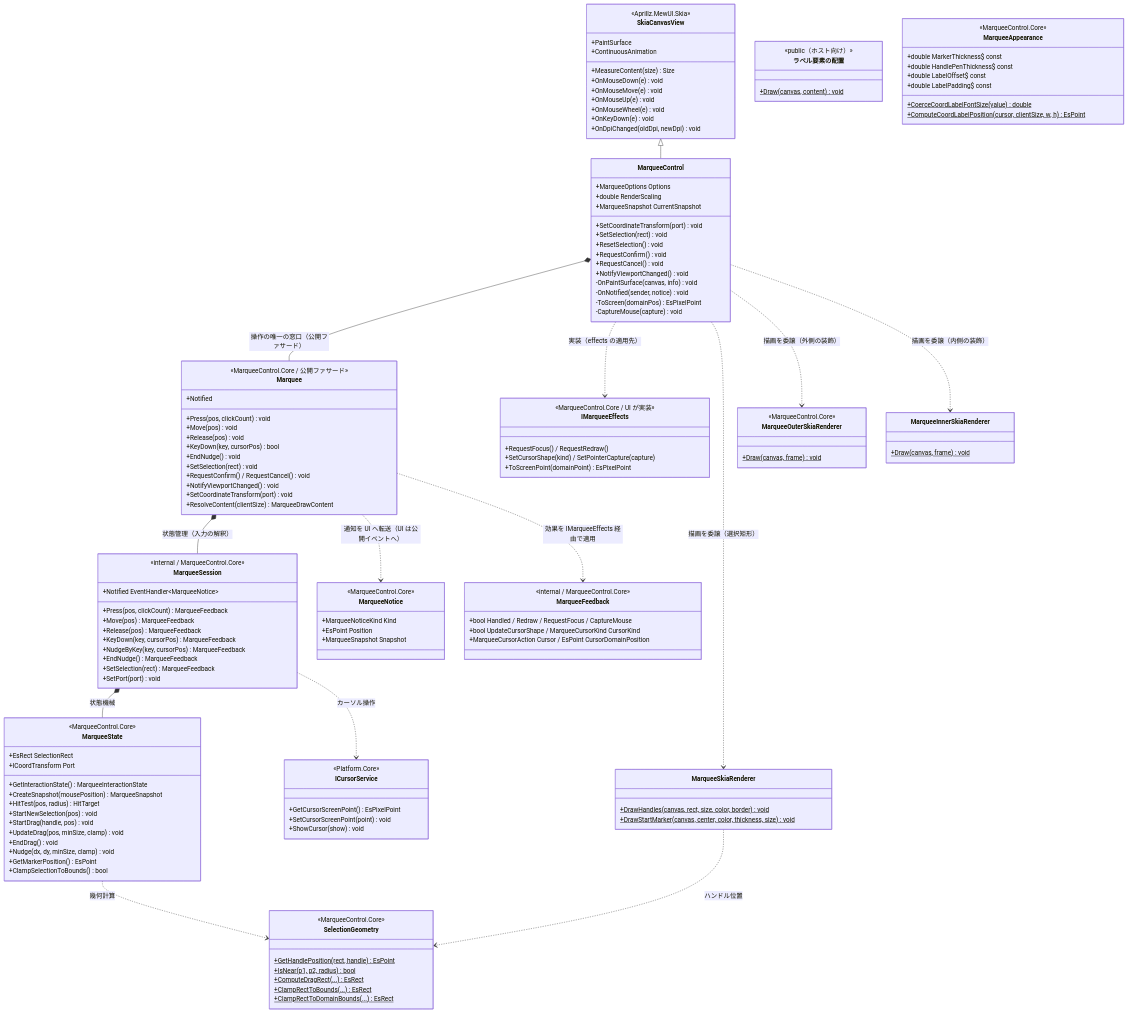
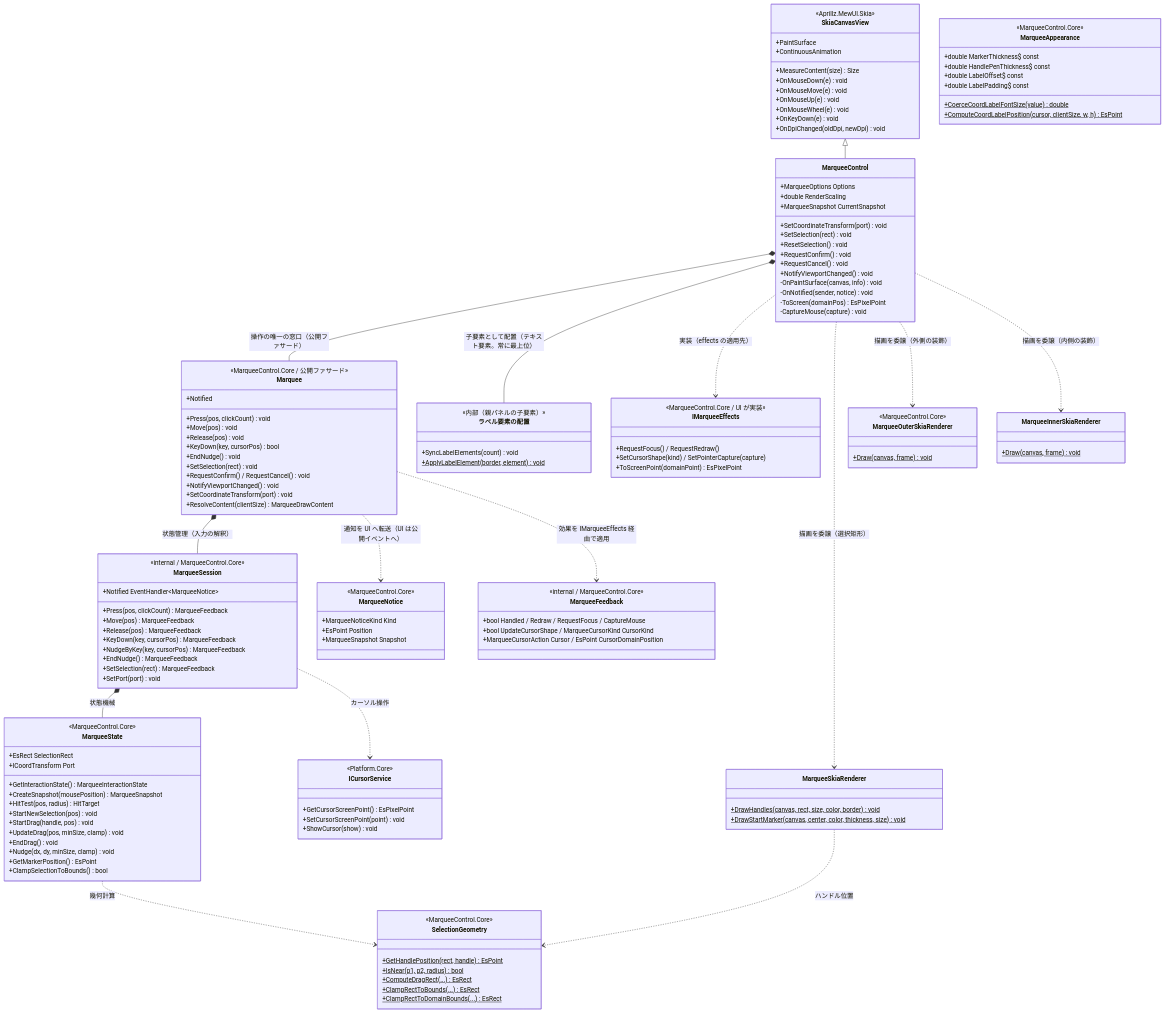
Before and after one commit to tomokuni/SaveEvidence: the first of 4 diagrams in src/MarqueeControl.MewUI/SPEC_System.md, drawn with Mermaid. The commit also changed other lines of this file and 89 other files, not shown here.

```diff
--- a/src/MarqueeControl.MewUI/SPEC_System.md
+++ b/src/MarqueeControl.MewUI/SPEC_System.md
@@ -186,8 +186,9 @@
         +Draw(canvas, frame)$ void
       }
       class ラベル要素の配置 {
-        <<public（ホスト向け）>>
-        +Draw(canvas, content)$ void
+        <<内部（親パネルの子要素）>>
+        +SyncLabelElements(count) void
+        +ApplyLabelElement(border, element)$ void
       }
       class MarqueeInnerSkiaRenderer {
         +Draw(canvas, frame)$ void
@@ -233,6 +234,7 @@
 
     SkiaCanvasView <|-- MarqueeControl
     MarqueeControl *-- Marquee : 操作の唯一の窓口（公開ファサード）
+    MarqueeControl *-- ラベル要素の配置 : 子要素として配置（テキスト要素。常に最上位）
     MarqueeControl ..> IMarqueeEffects : 実装（effects の適用先）
     Marquee *-- MarqueeSession : 状態管理（入力の解釈）
     Marquee ..> MarqueeNotice : 通知を UI へ転送（UI は公開イベントへ）
```
